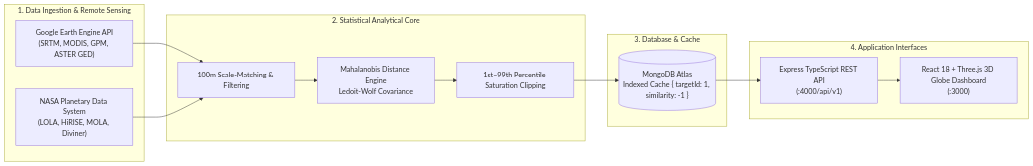
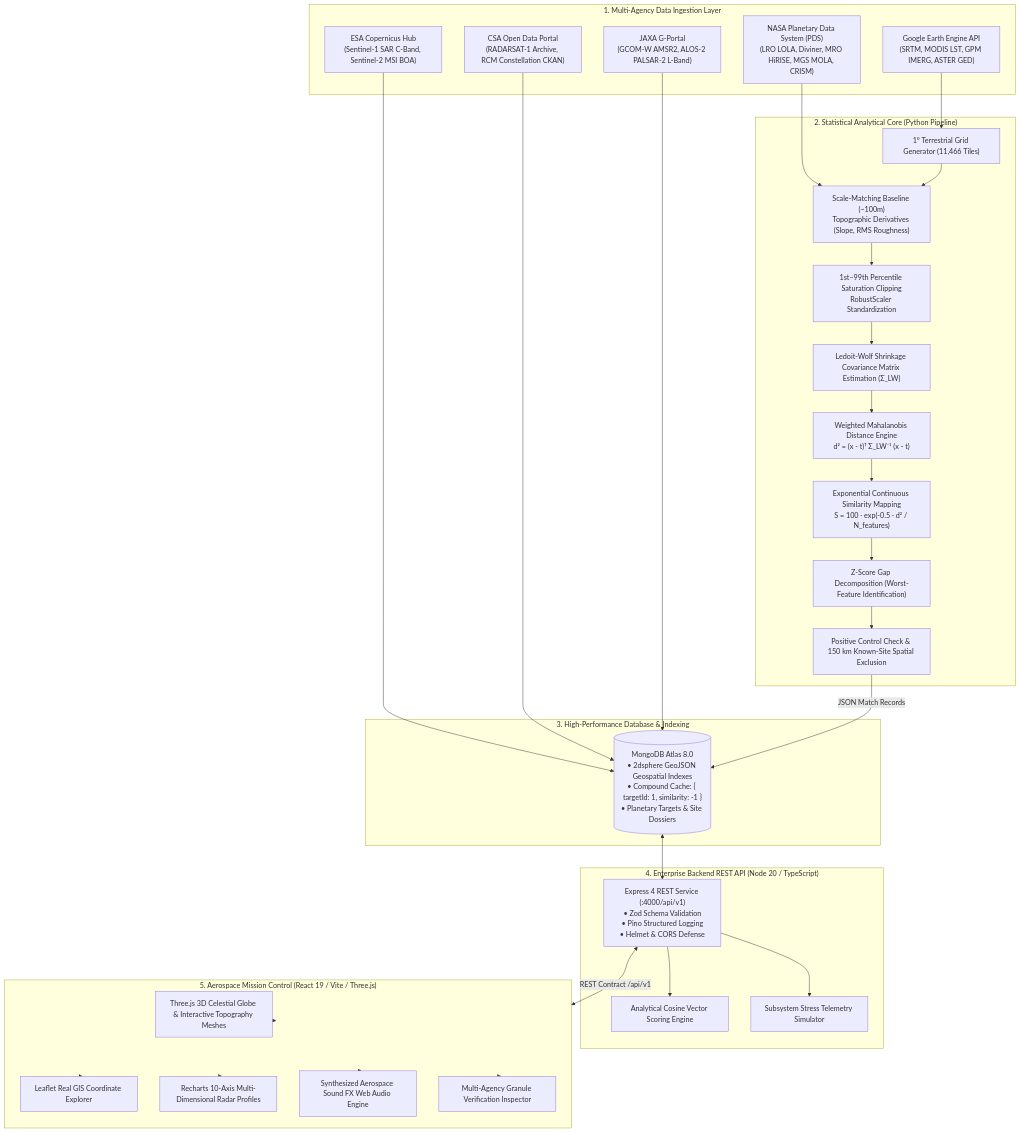
The diagram in README.md (Abdoxrs/orbialog-nasa_Final), drawn with Mermaid before and after one commit. The commit also changed other lines of this file, not shown here.

````diff
--- a/README.md
+++ b/README.md
@@ -24,30 +59,64 @@
 ```mermaid
-flowchart LR
-    subgraph DataIngestion ["1. Data Ingestion & Remote Sensing"]
-        EE["Google Earth Engine API\n(SRTM, MODIS, GPM, ASTER GED)"]
-        PDS["NASA Planetary Data System\n(LOLA, HiRISE, MOLA, Diviner)"]
+flowchart TD
+    subgraph DataIngestion ["1. Multi-Agency Data Ingestion Layer"]
+        GEE["Google Earth Engine API\n(SRTM, MODIS LST, GPM IMERG, ASTER GED)"]
+        PDS["NASA Planetary Data System (PDS)\n(LRO LOLA, Diviner, MRO HiRISE, MGS MOLA, CRISM)"]
+        ESA["ESA Copernicus Hub\n(Sentinel-1 SAR C-Band, Sentinel-2 MSI BOA)"]
+        CSA["CSA Open Data Portal\n(RADARSAT-1 Archive, RCM Constellation CKAN)"]
+        JAXA["JAXA G-Portal\n(GCOM-W AMSR2, ALOS-2 PALSAR-2 L-Band)"]
     end
 
-    subgraph AnalyticalCore ["2. Statistical Analytical Core"]
-        SCALE["100m Scale-Matching & Filtering"]
-        MAHAL["Mahalanobis Distance Engine\nLedoit-Wolf Covariance"]
-        SAT["1st–99th Percentile Saturation Clipping"]
+    subgraph AnalyticalCore ["2. Statistical Analytical Core (Python Pipeline)"]
+        GRID["1° Terrestrial Grid Generator (11,466 Tiles)"]
+        SCALE["Scale-Matching Baseline (~100m)\nTopographic Derivatives (Slope, RMS Roughness)"]
+        CLIP["1st–99th Percentile Saturation Clipping\nRobustScaler Standardization"]
+        LW["Ledoit-Wolf Shrinkage Covariance Matrix Estimation (Σ_LW)"]
+        MAHAL["Weighted Mahalanobis Distance Engine\nd² = (x - t)ᵀ Σ_LW⁻¹ (x - t)"]
+        SIM["Exponential Continuous Similarity Mapping\nS = 100 · exp(-0.5 · d² / N_features)"]
+        EXPLAIN["Z-Score Gap Decomposition (Worst-Feature Identification)"]
+        NOVELTY["Positive Control Check & 150 km Known-Site Spatial Exclusion"]
     end
 
-    subgraph DatabaseLayer ["3. Database & Cache"]
-        MONGO[("MongoDB Atlas\nIndexed Cache { targetId: 1, similarity: -1 }")]
+    subgraph DatabaseLayer ["3. High-Performance Database & Indexing"]
+        ATLAS[("MongoDB Atlas 8.0\n• 2dsphere GeoJSON Geospatial Indexes\n• Compound Cache: { targetId: 1, similarity: -1 }\n• Planetary Targets & Site Dossiers")]
     end
 
-    subgraph PresentationLayer ["4. Application Interfaces"]
-        API["Express TypeScript REST API\n(:4000/api/v1)"]
-        UI["React 18 + Three.js 3D Globe Dashboard\n(:3000)"]
+    subgraph BackendAPI ["4. Enterprise Backend REST API (Node 20 / TypeScript)"]
+        EXPRESS["Express 4 REST Service (:4000/api/v1)\n• Zod Schema Validation\n• Pino Structured Logging\n• Helmet & CORS Defense"]
+        COSINE["Analytical Cosine Vector Scoring Engine"]
+        SANDBOX["Subsystem Stress Telemetry Simulator"]
     end
 
-    EE --> SCALE
+    subgraph FrontendUI ["5. Aerospace Mission Control (React 19 / Vite / Three.js)"]
+        THREE["Three.js 3D Celestial Globe & Interactive Topography Meshes"]
+        LEAFLET["Leaflet Real GIS Coordinate Explorer"]
+        RECHARTS["Recharts 10-Axis Multi-Dimensional Radar Profiles"]
+        AUDIO["Synthesized Aerospace Sound FX Web Audio Engine"]
+        MODAL["Multi-Agency Granule Verification Inspector"]
+    end
+
+    GEE --> GRID
     PDS --> SCALE
-    SCALE --> MAHAL
-    MAHAL --> SAT
-    SAT --> MONGO
-    MONGO --> API
-    API --> UI
+    ESA --> ATLAS
+    CSA --> ATLAS
+    JAXA --> ATLAS
+
+    GRID --> SCALE
+    SCALE --> CLIP
+    CLIP --> LW
+    LW --> MAHAL
+    MAHAL --> SIM
+    SIM --> EXPLAIN
+    EXPLAIN --> NOVELTY
+    NOVELTY -->|JSON Match Records| ATLAS
+
+    ATLAS <--> EXPRESS
+    EXPRESS --> COSINE
+    EXPRESS --> SANDBOX
+    EXPRESS <-->|REST Contract /api/v1| FrontendUI
+    FrontendUI --> THREE
+    FrontendUI --> LEAFLET
+    FrontendUI --> RECHARTS
+    FrontendUI --> AUDIO
+    FrontendUI --> MODAL
 ```
````
